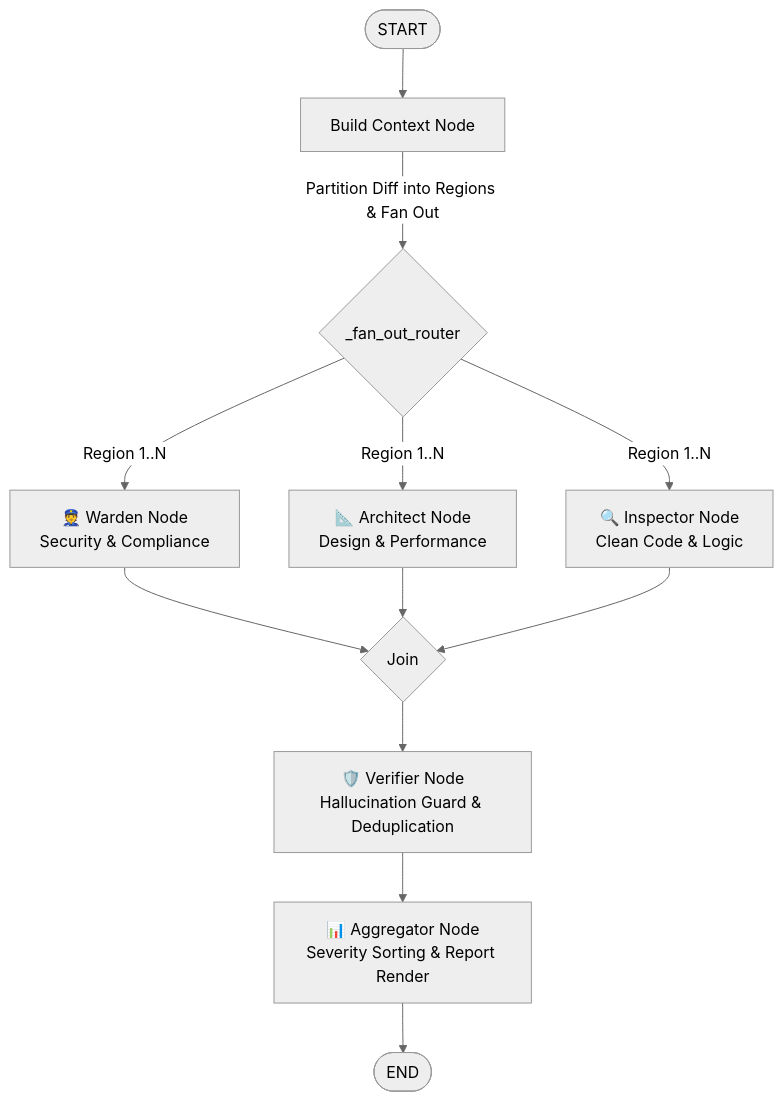
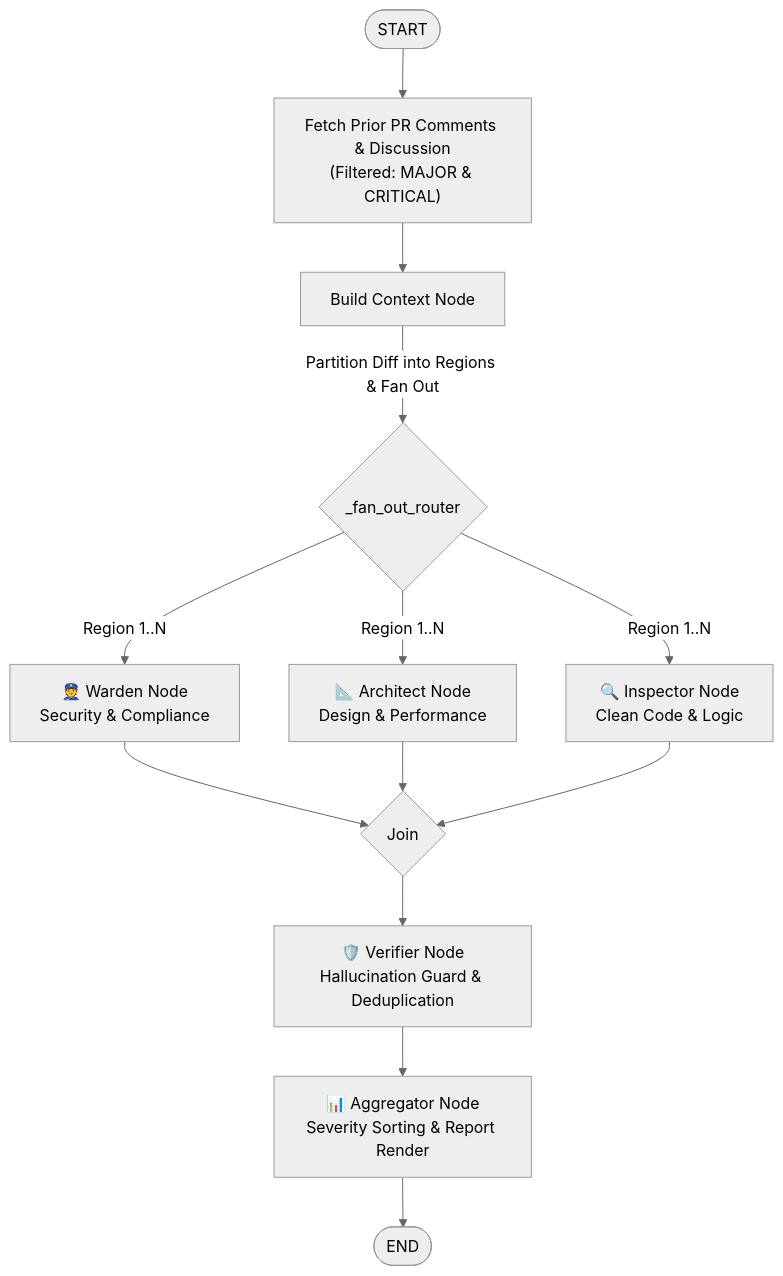
The first of 2 diagrams in README.md (vyoman-labs/prism-reviewer), drawn with Mermaid (neutral theme) before and after one commit. The commit also changed other lines of this file and 19 other files, not shown here.

````diff
--- a/README.md
+++ b/README.md
@@ -39,14 +41,15 @@
 ```mermaid
 flowchart TD
-    START([START]) --> BuildContext[Build Context Node]
+    START([START]) --> FetchComments["Fetch Prior PR Comments & Discussion<br/>(Filtered: MAJOR & CRITICAL)"]
+    FetchComments --> BuildContext[Build Context Node]
     BuildContext --> |Partition Diff into Regions & Fan Out| Router{_fan_out_router}
     Router -->|Region 1..N| Warden[👮 Warden Node<br/>Security & Compliance]
     Router -->|Region 1..N| Architect[📐 Architect Node<br/>Design & Performance]
     Router -->|Region 1..N| Inspector[🔍 Inspector Node<br/>Clean Code & Logic]
     Warden --> Join{Join}
     Architect --> Join
     Inspector --> Join
     Join --> Verifier[🛡️ Verifier Node<br/>Hallucination Guard & Deduplication]
     Verifier --> Aggregator[📊 Aggregator Node<br/>Severity Sorting & Report Render]
     Aggregator --> END([END])
 ```
````
